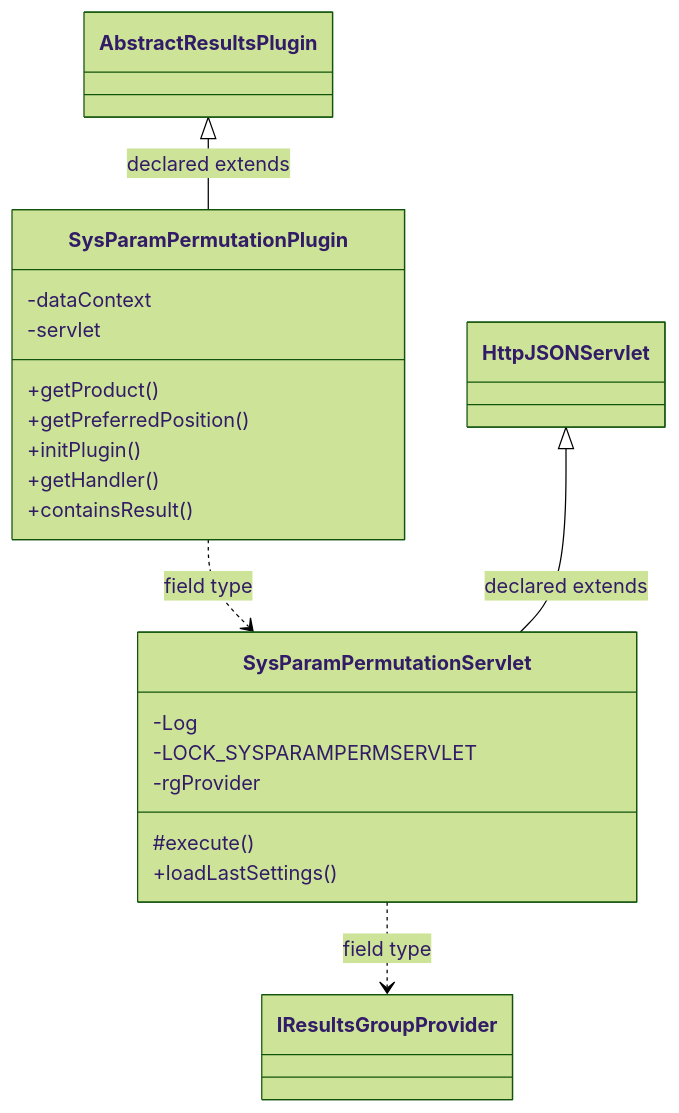
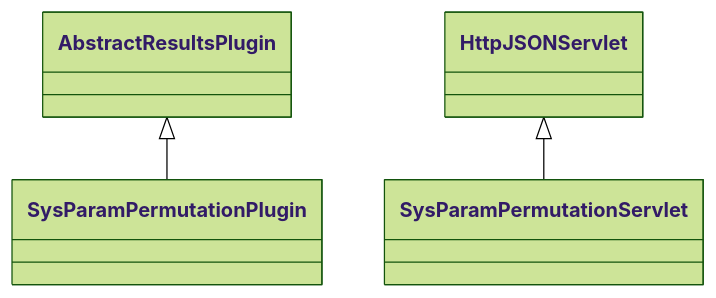
The diagram in docs/sqx/Results/ResultsSysParamPermutation.md (haruperi/HaruQuantAI), drawn with Mermaid (forest theme) before and after one commit. The commit also changed other lines of this file and 1688 other files, not shown here.

````diff
--- a/docs/sqx/Results/ResultsSysParamPermutation.md
+++ b/docs/sqx/Results/ResultsSysParamPermutation.md
@@ -30,26 +26,9 @@
 ```mermaid
 classDiagram
-    class C7514ff025507["SysParamPermutationPlugin"] {
-        -dataContext
-        -servlet
-        +getProduct()
-        +getPreferredPosition()
-        +initPlugin()
-        +getHandler()
-        +containsResult()
-    }
-    class C30a000faf6d5["SysParamPermutationServlet"] {
-        -Log
-        -LOCK_SYSPARAMPERMSERVLET
-        -rgProvider
-        #execute()
-        +loadLastSettings()
-    }
-    class C180e0c3f58c3["AbstractResultsPlugin"]
-    class C9ceba9ba4bac["IResultsGroupProvider"]
-    class C8900f90ae594["HttpJSONServlet"]
-    C180e0c3f58c3 <|-- C7514ff025507 : declared extends
-    C7514ff025507 ..> C30a000faf6d5 : field type
-    C8900f90ae594 <|-- C30a000faf6d5 : declared extends
-    C30a000faf6d5 ..> C9ceba9ba4bac : field type
+    class C0["SysParamPermutationPlugin"]
+    class C1["SysParamPermutationServlet"]
+    class E0["AbstractResultsPlugin"]
+    E0 <|-- C0
+    class E1["HttpJSONServlet"]
+    E1 <|-- C1
 ```
````
